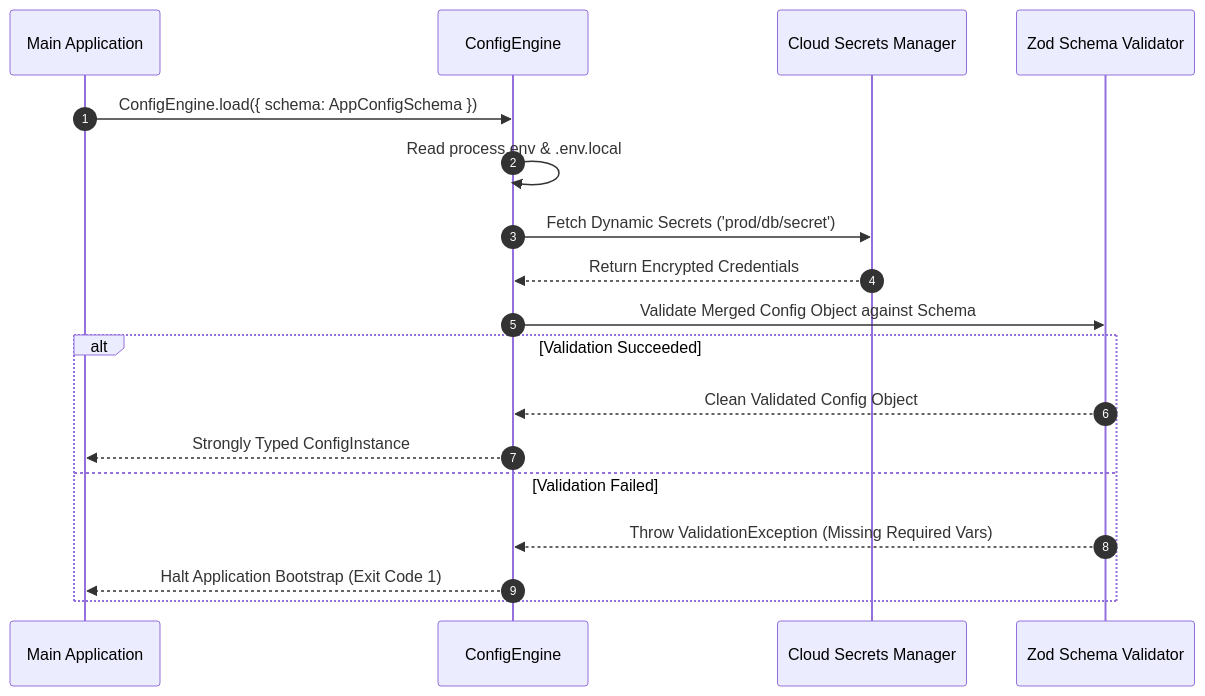
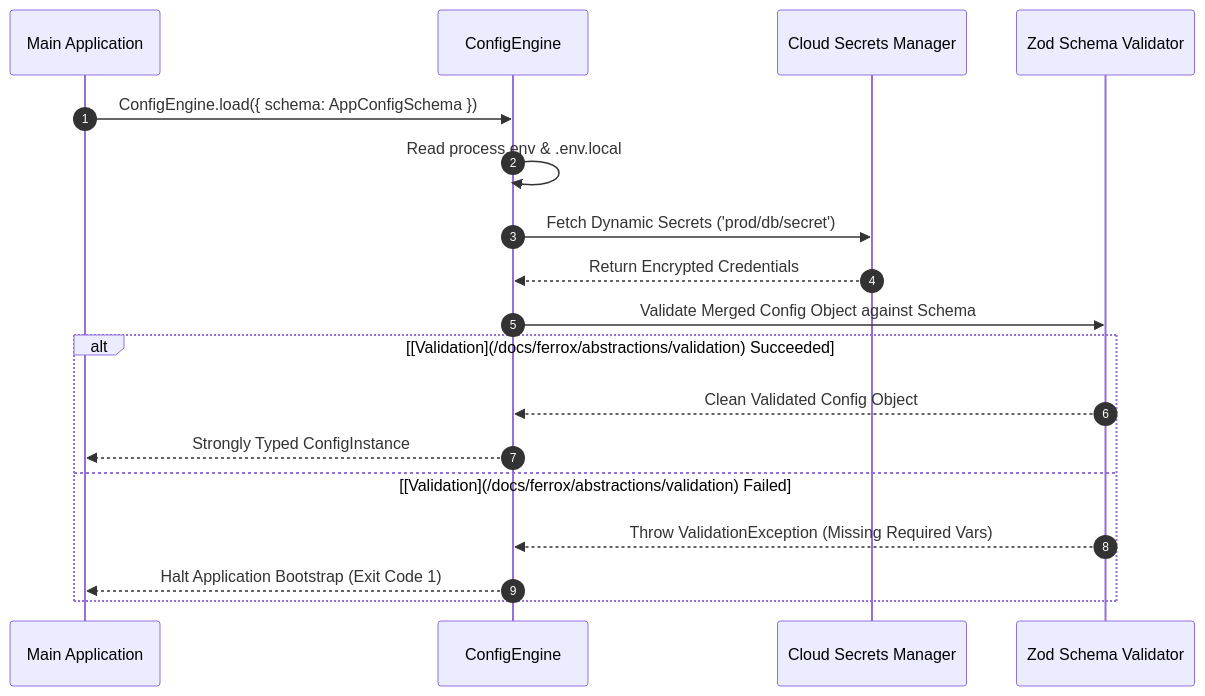
One commit to AI-Autistic-Intelligence/ferrox-docs changed the diagram in docs/ferrox-node/fundamentals/config.md. Above: the diagram before and after it, drawn with Mermaid. The commit also changed other lines of this file and 121 other files, not shown here.

````diff
--- a/docs/ferrox-node/fundamentals/config.md
+++ b/docs/ferrox-node/fundamentals/config.md
@@ -50,21 +50,21 @@
 ```mermaid
 sequenceDiagram
     autonumber
     participant App as Main Application
     participant Config as ConfigEngine
     participant Vault as Cloud Secrets Manager
     participant Schema as Zod Schema Validator
 
     App->>Config: ConfigEngine.load({ schema: AppConfigSchema })
     Config->>Config: Read process.env & .env.local
     Config->>Vault: Fetch Dynamic Secrets ('prod/db/secret')
     Vault-->>Config: Return Encrypted Credentials
     Config->>Schema: Validate Merged Config Object against Schema
-    alt Validation Succeeded
+    alt [Validation](/docs/ferrox/abstractions/validation) Succeeded
         Schema-->>Config: Clean Validated Config Object
         Config-->>App: Strongly Typed ConfigInstance
-    else Validation Failed
+    else [Validation](/docs/ferrox/abstractions/validation) Failed
         Schema-->>Config: Throw ValidationException (Missing Required Vars)
         Config-->>App: Halt Application Bootstrap (Exit Code 1)
     end
 ```
````
